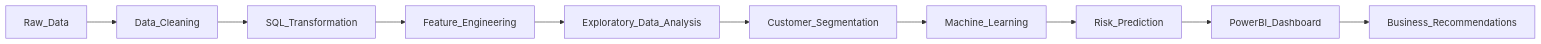
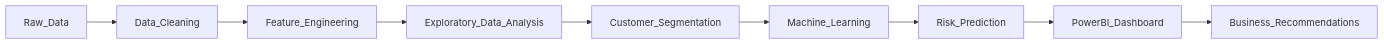
Before and after one commit to ShikharKrishnatreya/Airline-Customer-Retention-Analytics-An-End-to-End-Machine-Learning-Business-Intelligence-Solution: the second of 3 diagrams in README.md, drawn with Mermaid. The commit also changed other lines of this file, not shown here.

````diff
--- a/README.md
+++ b/README.md
@@ -94,23 +90,21 @@
 ```mermaid
 flowchart LR
 
 Raw_Data
 
 --> Data_Cleaning
-
---> SQL_Transformation
 
 --> Feature_Engineering
 
 --> Exploratory_Data_Analysis
 
 --> Customer_Segmentation
 
 --> Machine_Learning
 
 --> Risk_Prediction
 
 --> PowerBI_Dashboard
 
 --> Business_Recommendations
 ```
````
